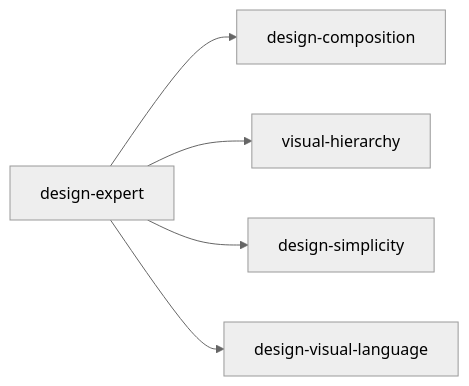
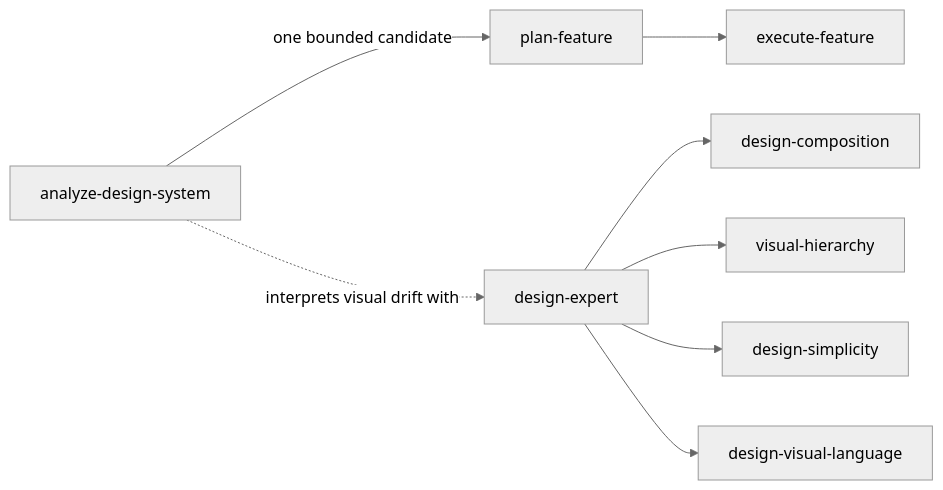
One commit to pnewsam/skills changed the seventh of 14 diagrams in README.md. Above: the diagram before and after it, drawn with Mermaid (neutral theme). The commit also changed other lines of this file and 11 other files, not shown here.

First line of the commit message:
feat(skills): add design-system analysis

````diff
--- a/README.md
+++ b/README.md
@@ -244,7 +247,10 @@
 ```mermaid
 flowchart LR
+    ADS[analyze-design-system] -->|one bounded candidate| PF[plan-feature]
+    PF --> EF[execute-feature]
+    ADS -.->|interprets visual drift with| DX
     DX[design-expert] --> DC[design-composition]
     DX --> VH[visual-hierarchy]
     DX --> DS[design-simplicity]
     DX --> DVL[design-visual-language]
 ```
````
